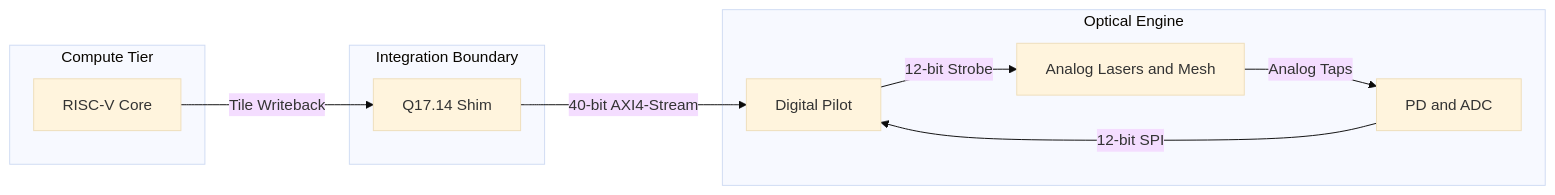
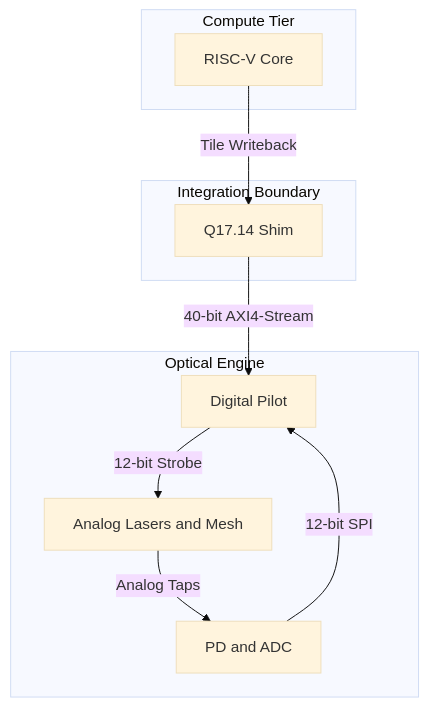
One commit to jagreen03/gcb-wiki changed the diagram in 00_system_context.md. Above: the diagram before and after it, drawn with Mermaid (base theme). The commit also changed other lines of this file and 2 other files, not shown here.

First line of the commit message:
docs(arch): define Phase I vs Phase II receiver architecture and the no-routed-voltage invariant.

````diff
--- a/00_system_context.md
+++ b/00_system_context.md
@@ -6,20 +6,20 @@
 ```mermaid
-flowchart LR
+flowchart TD
     subgraph Compute Tier
         Core[RISC-V Core]
     end
     subgraph Integration Boundary
         Shim[Q17.14 Shim]
     end
     subgraph Optical Engine
         Pilot[Digital Pilot]
         Optics[Analog Lasers and Mesh]
         ADC[PD and ADC]
     end
 
     Core -->|Tile Writeback| Shim
     Shim -->|40-bit AXI4-Stream| Pilot
     Pilot -->|12-bit Strobe| Optics
     Optics -->|Analog Taps| ADC
     ADC -->|12-bit SPI| Pilot
 ```
````
